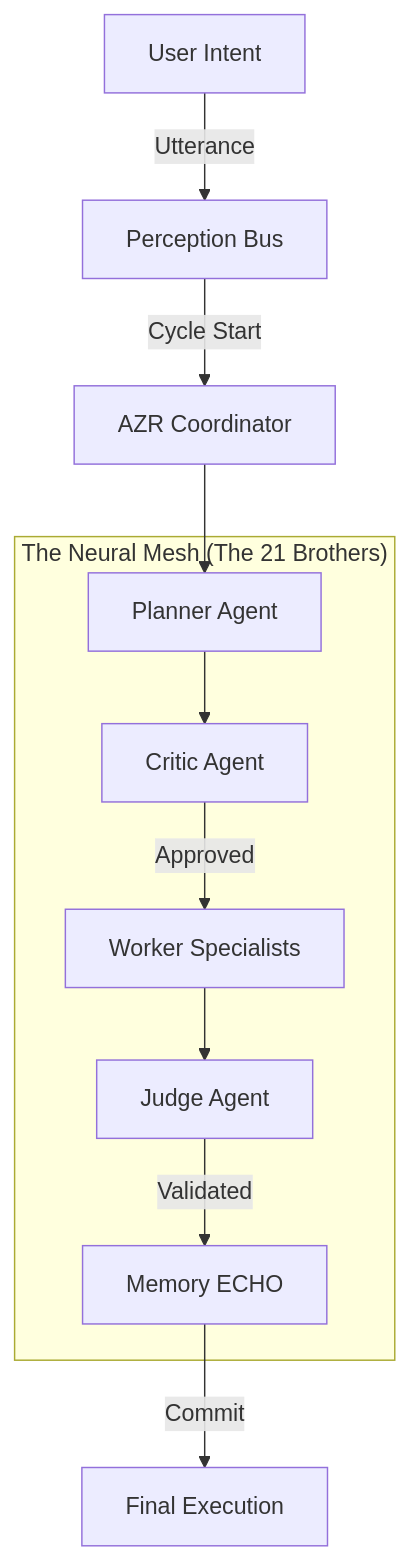
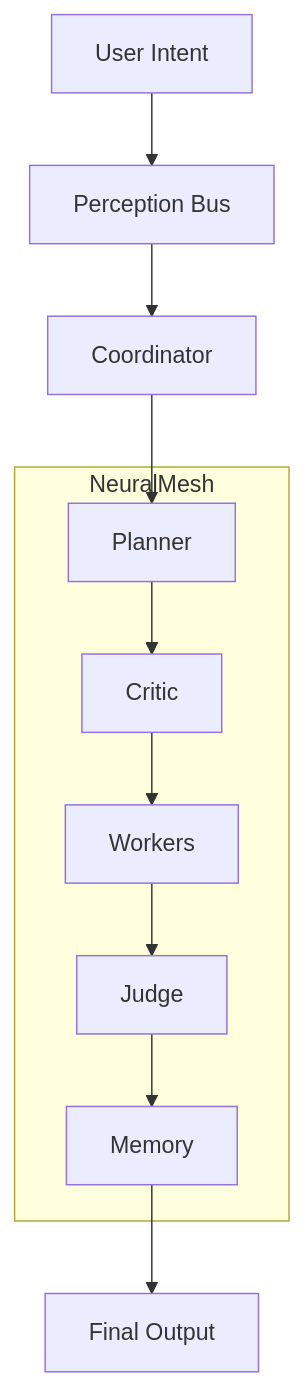
The diagram in README.md (4citeB4U/LeeWay-Standards), drawn with Mermaid before and after one commit. The commit also changed other lines of this file, not shown here.

````diff
--- a/README.md
+++ b/README.md
@@ -59,20 +78,20 @@
 ```mermaid
 flowchart TD
-    U[User Intent] -->|Utterance| BUS[Perception Bus]
-    BUS -->|Cycle Start| AZR[AZR Coordinator]
-    
-    subgraph hive["The Neural Mesh (The 21 Brothers)"]
-        PLAN[Planner Agent]
-        CRIT[Critic Agent]
-        WORK[Worker Specialists]
-        JUDGE[Judge Agent]
-        MEM[Memory ECHO]
+    U[User Intent] --> BUS[Perception Bus]
+    BUS --> AZR[Coordinator]
+
+    subgraph NeuralMesh
+        PLAN[Planner]
+        CRIT[Critic]
+        WORK[Workers]
+        JUDGE[Judge]
+        MEM[Memory]
     end
-    
+
     AZR --> PLAN
     PLAN --> CRIT
-    CRIT -->|Approved| WORK
+    CRIT --> WORK
     WORK --> JUDGE
-    JUDGE -->|Validated| MEM
-    MEM -->|Commit| RESULT[Final Execution]
+    JUDGE --> MEM
+    MEM --> RESULT[Final Output]
 ```
````
